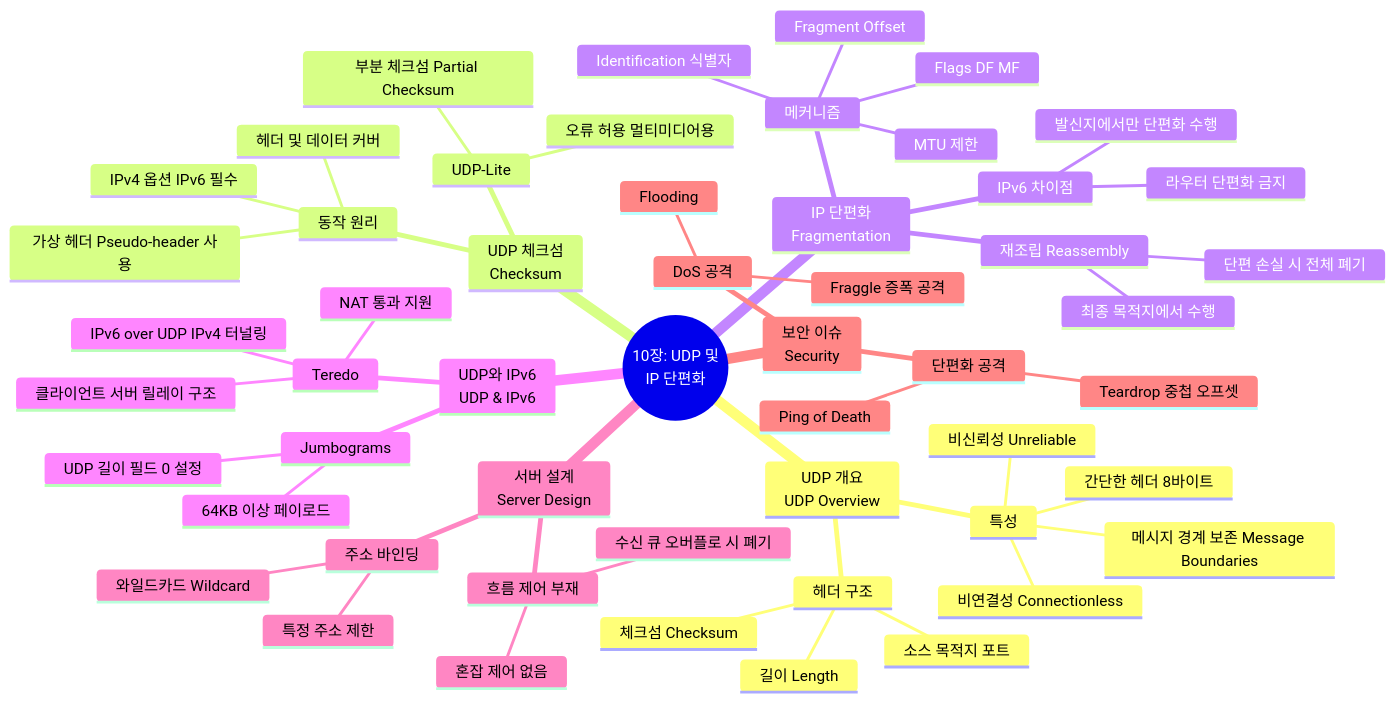
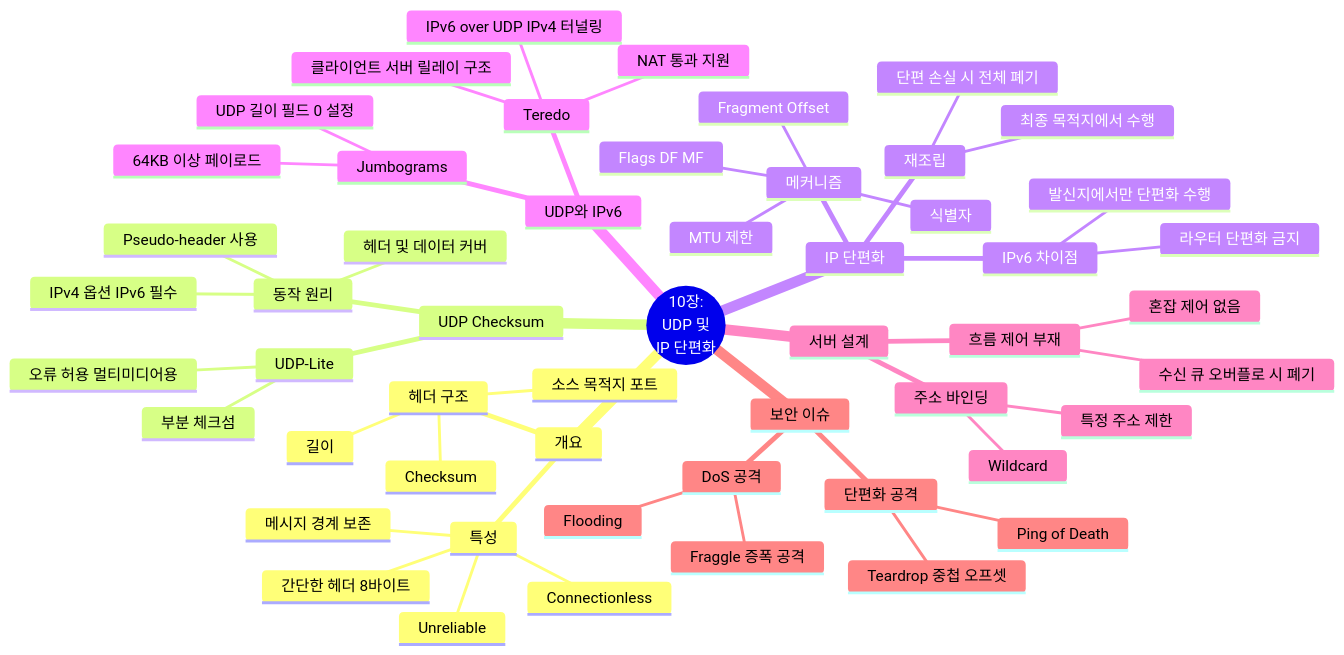
Before and after one commit to youngmin-gwon/what-i-studied: the diagram in 01_inbox/books/tcp_ip_illustrated_1/chapter10.md, drawn with Mermaid. The commit also changed other lines of this file and 10 other files, not shown here.

````diff
--- a/01_inbox/books/tcp_ip_illustrated_1/chapter10.md
+++ b/01_inbox/books/tcp_ip_illustrated_1/chapter10.md
@@ -16,56 +16,56 @@
 ```mermaid
 mindmap
-  root((10장: UDP 및<br>IP 단편화))
-    UDP 개요<br>UDP Overview
+  root((10장:<br>UDP 및<br>IP 단편화))
+    개요
       특성
-        비연결성 Connectionless
-        비신뢰성 Unreliable
-        메시지 경계 보존 Message Boundaries
+        Connectionless
+        Unreliable
+        메시지 경계 보존
         간단한 헤더 8바이트
       헤더 구조
         소스 목적지 포트
-        길이 Length
-        체크섬 Checksum
-    UDP 체크섬<br>Checksum
+        길이
+        Checksum
+    UDP Checksum
       동작 원리
-        가상 헤더 Pseudo-header 사용
+        Pseudo-header 사용
         헤더 및 데이터 커버
         IPv4 옵션 IPv6 필수
       UDP-Lite
-        부분 체크섬 Partial Checksum
+        부분 체크섬
         오류 허용 멀티미디어용
-    IP 단편화<br>Fragmentation
+    IP 단편화
       메커니즘
         MTU 제한
-        Identification 식별자
+        식별자
         Flags DF MF
         Fragment Offset
-      재조립 Reassembly
+      재조립
         최종 목적지에서 수행
         단편 손실 시 전체 폐기
       IPv6 차이점
         발신지에서만 단편화 수행
         라우터 단편화 금지
-    UDP와 IPv6<br>UDP & IPv6
+    UDP와 IPv6
       Jumbograms
         64KB 이상 페이로드
         UDP 길이 필드 0 설정
       Teredo
         IPv6 over UDP IPv4 터널링
         NAT 통과 지원
         클라이언트 서버 릴레이 구조
-    서버 설계<br>Server Design
+    서버 설계
       주소 바인딩
-        와일드카드 Wildcard
+        Wildcard
         특정 주소 제한
       흐름 제어 부재
         혼잡 제어 없음
         수신 큐 오버플로 시 폐기
-    보안 이슈<br>Security
+    보안 이슈
       DoS 공격
         Flooding
         Fraggle 증폭 공격
       단편화 공격
         Teardrop 중첩 오프셋
         Ping of Death
 ```
````
